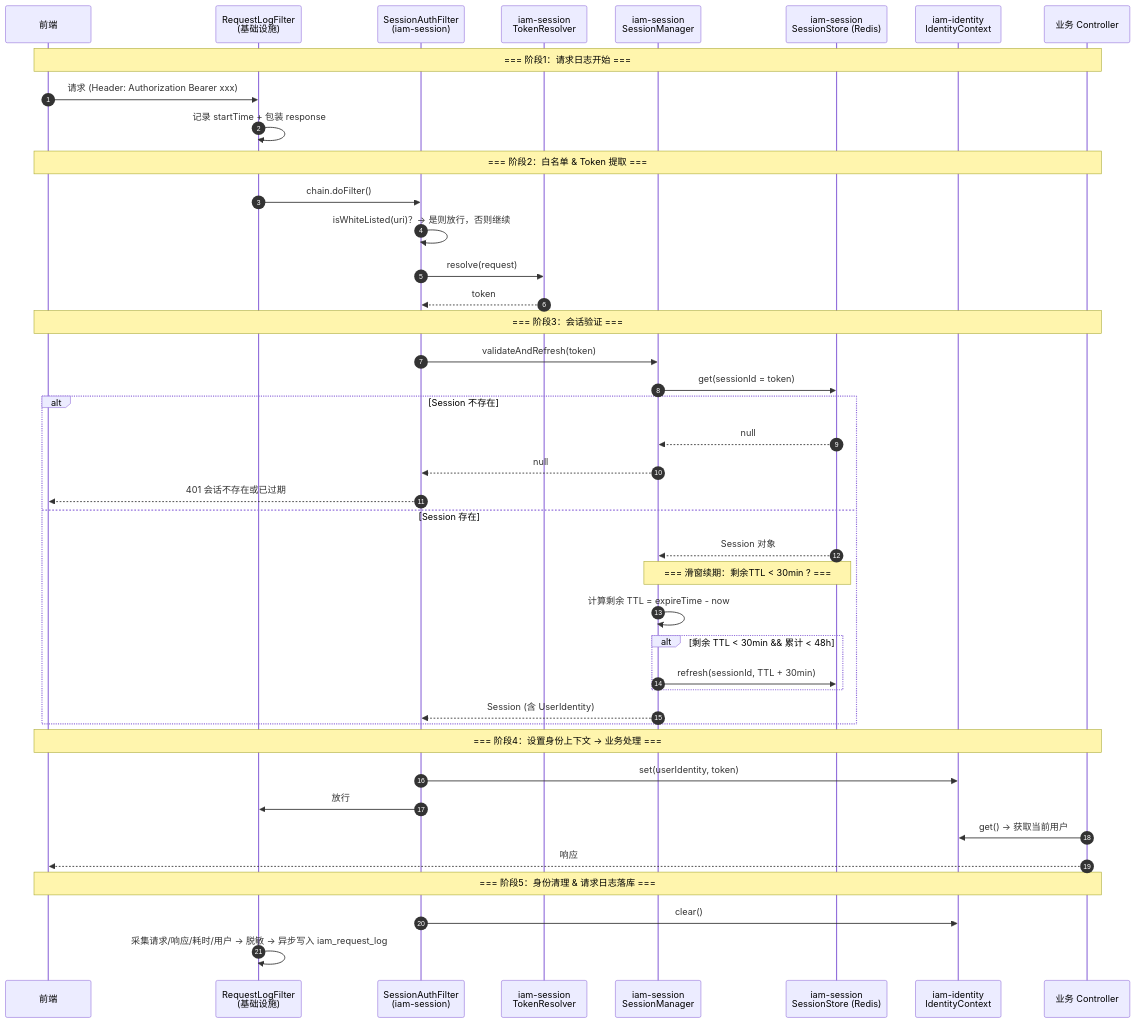
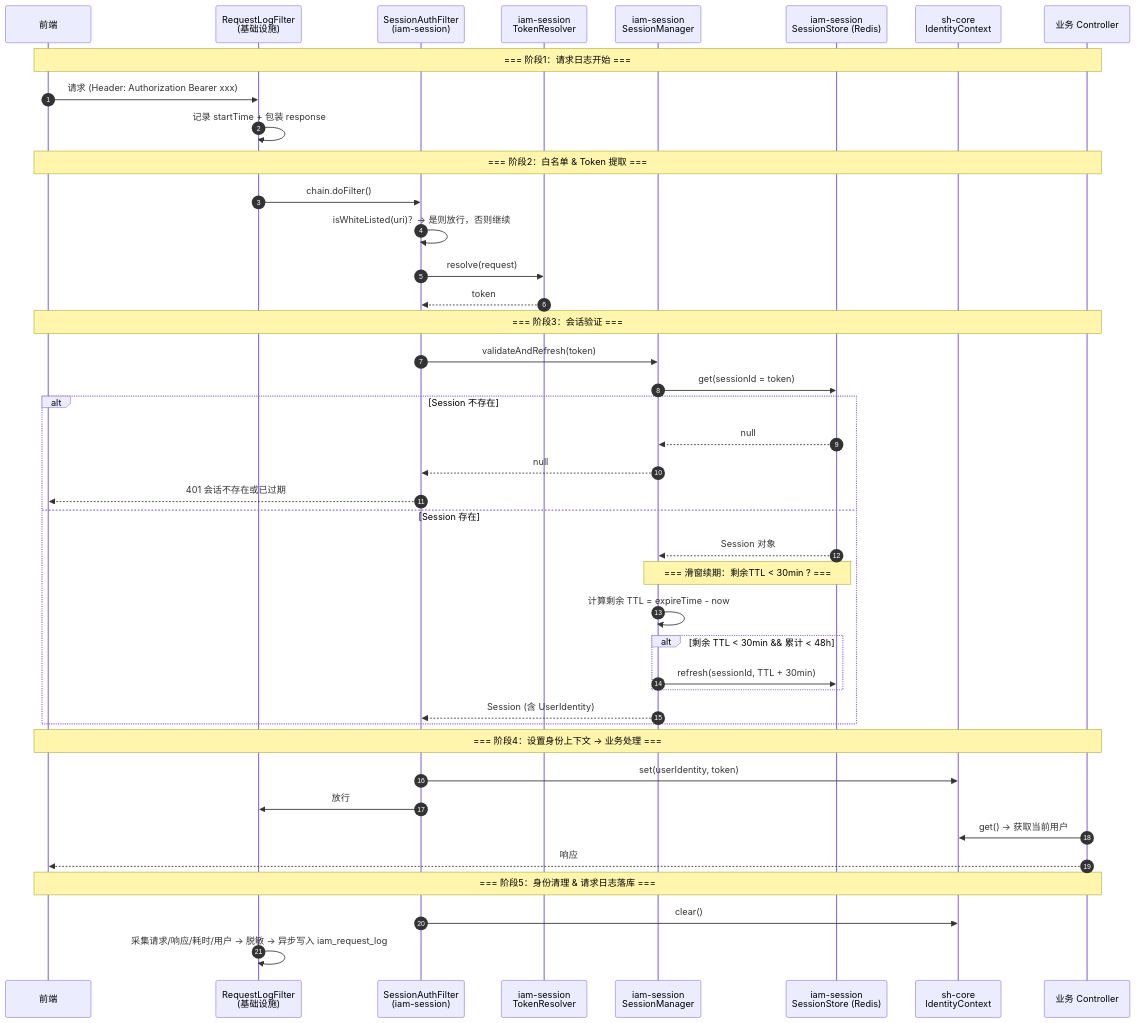
Before and after one commit to shrimp-group/sh-iam: the second of 5 diagrams in docs/design/session-design.md, drawn with Mermaid. The commit also changed other lines of this file and 1 other file, not shown here.

Commit message:
identity 层文档同步

````diff
--- a/docs/design/session-design.md
+++ b/docs/design/session-design.md
@@ -399,47 +405,47 @@
 ```mermaid
 sequenceDiagram
     autonumber
     participant Client as 前端
     participant ReqLog as RequestLogFilter<br/>(基础设施)
     participant Filter as SessionAuthFilter<br/>(iam-session)
     participant Resolver as iam-session<br/>TokenResolver
     participant Session as iam-session<br/>SessionManager
     participant Store as iam-session<br/>SessionStore (Redis)
-    participant Identity as iam-identity<br/>IdentityContext
+    participant Identity as sh-core<br/>IdentityContext
     participant Controller as 业务 Controller
     Note over Client, Controller: === 阶段1：请求日志开始 ===
     Client ->> ReqLog: 请求 (Header: Authorization Bearer xxx)
     ReqLog ->> ReqLog: 记录 startTime + 包装 response
     Note over Client, Controller: === 阶段2：白名单 & Token 提取 ===
     ReqLog ->> Filter: chain.doFilter()
     Filter ->> Filter: isWhiteListed(uri)？→ 是则放行，否则继续
     Filter ->> Resolver: resolve(request)
     Resolver -->> Filter: token
     Note over Client, Controller: === 阶段3：会话验证 ===
     Filter ->> Session: validateAndRefresh(token)
     Session ->> Store: get(sessionId = token)
 
     alt Session 不存在
         Store -->> Session: null
         Session -->> Filter: null
         Filter -->> Client: 401 会话不存在或已过期
     else Session 存在
         Store -->> Session: Session 对象
         Note over Session, Store: === 滑窗续期：剩余TTL < 30min ? ===
         Session ->> Session: 计算剩余 TTL = expireTime - now
         alt 剩余 TTL < 30min && 累计 < 48h
             Session ->> Store: refresh(sessionId, TTL + 30min)
         end
 
         Session -->> Filter: Session (含 UserIdentity)
     end
 
     Note over Client, Controller: === 阶段4：设置身份上下文 → 业务处理 ===
     Filter ->> Identity: set(userIdentity, token)
     Filter ->> ReqLog: 放行
     Controller ->> Identity: get() → 获取当前用户
     Controller -->> Client: 响应
     Note over Client, Controller: === 阶段5：身份清理 & 请求日志落库 ===
     Filter ->> Identity: clear()
     ReqLog ->> ReqLog: 采集请求/响应/耗时/用户 → 脱敏 → 异步写入 iam_request_log
 ```
````
